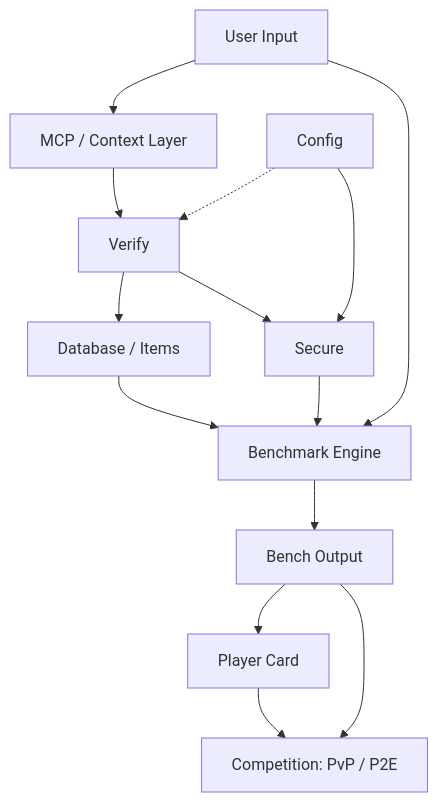
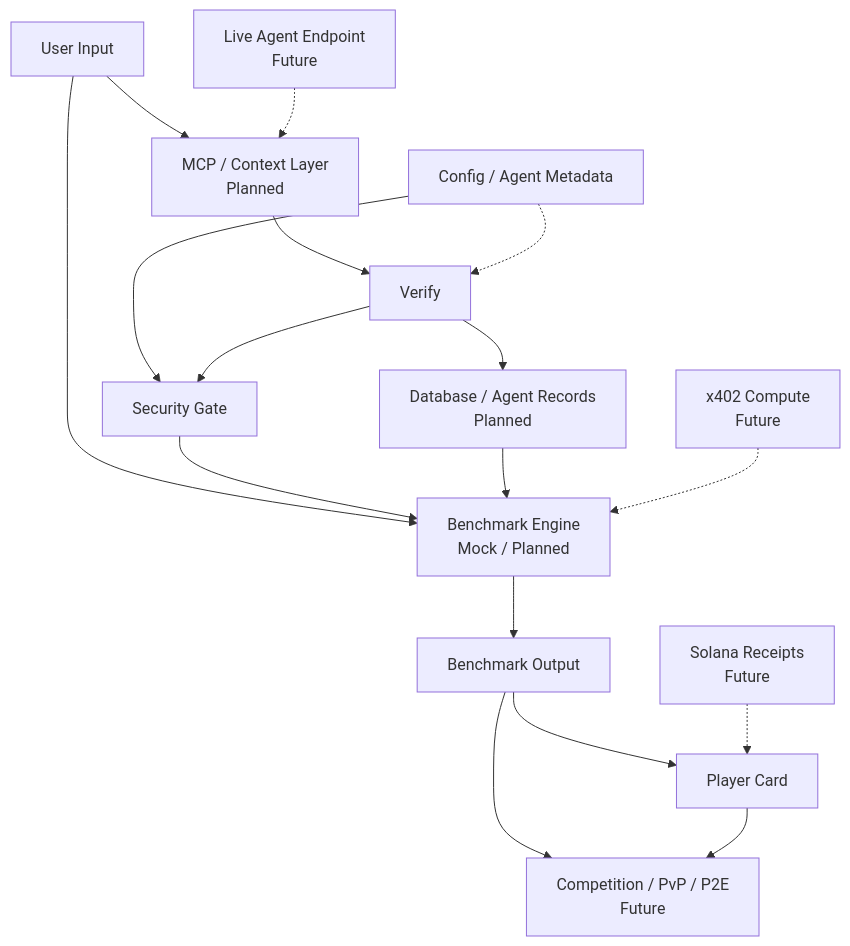
One commit to Vexera-Core/bencharena changed the diagram in ARCHITECTURE.md. Above: the diagram before and after it, drawn with Mermaid. The commit also changed other lines of this file and 1 other file, not shown here.

Commit message:
056--enhance-architecture-docs

````diff
--- a/ARCHITECTURE.md
+++ b/ARCHITECTURE.md
@@ -22,20 +39,24 @@
 ```mermaid
 flowchart TD
-    A[User Input] --> B[MCP / Context Layer]
-    A --> F[Benchmark Engine]
+    A[User Input] --> B["MCP / Context Layer<br/>Planned"]
+    A --> F["Benchmark Engine<br/>Mock / Planned"]
 
     B --> C[Verify]
-    D[Config] -.-> C
-    D --> E[Secure]
+    D[Config / Agent Metadata] -.-> C
+    D --> E[Security Gate]
 
-    C --> G[Database / Items]
+    C --> G["Database / Agent Records<br/>Planned"]
     C --> E
 
     E --> F
     G --> F
 
-    F --> H[Bench Output]
+    F --> H[Benchmark Output]
     H --> I[Player Card]
-    H --> J[Competition: PvP / P2E]
+    H --> J["Competition / PvP / P2E<br/>Future"]
     I --> J
+
+    K["x402 Compute<br/>Future"] -.-> F
+    L["Solana Receipts<br/>Future"] -.-> I
+    M["Live Agent Endpoint<br/>Future"] -.-> B
 ```
````
